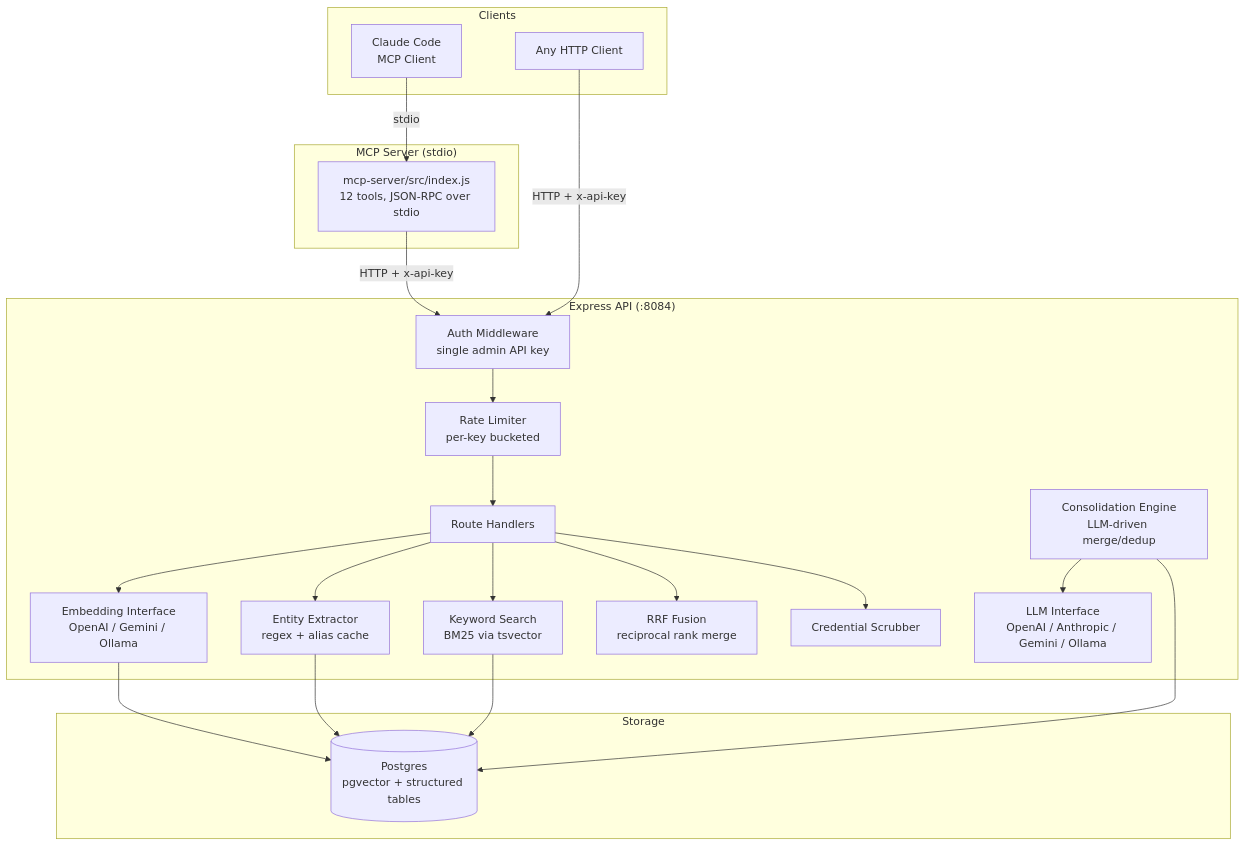
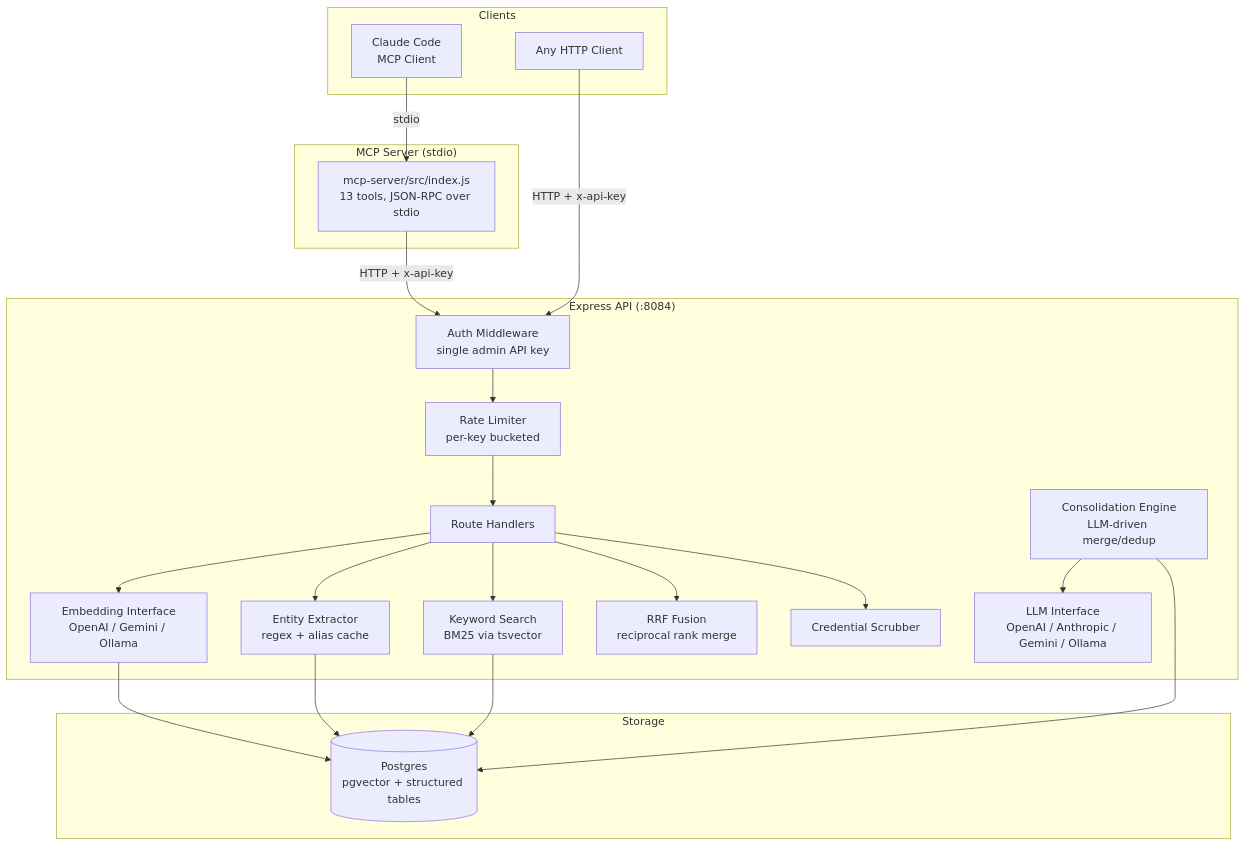
Before and after one commit to ZenSystemAI/Zengram: the first of 4 diagrams in docs/architecture.md, drawn with Mermaid. The commit also changed other lines of this file and 16 other files, not shown here.

````diff
--- a/docs/architecture.md
+++ b/docs/architecture.md
@@ -7,41 +7,41 @@
 ```mermaid
 graph TB
     subgraph Clients
         CC[Claude Code<br>MCP Client]
         HTTP[Any HTTP Client]
     end
 
     subgraph MCP["MCP Server (stdio)"]
-        MCP_S[mcp-server/src/index.js<br>12 tools, JSON-RPC over stdio]
+        MCP_S[mcp-server/src/index.js<br>13 tools, JSON-RPC over stdio]
     end
 
     subgraph API["Express API (:8084)"]
         AUTH[Auth Middleware<br>single admin API key]
         RL[Rate Limiter<br>per-key bucketed]
         ROUTES[Route Handlers]
         EMBED[Embedding Interface<br>OpenAI / Gemini / Ollama]
         LLM_I[LLM Interface<br>OpenAI / Anthropic / Gemini / Ollama]
         ENT[Entity Extractor<br>regex + alias cache]
         KW[Keyword Search<br>BM25 via tsvector]
         RRF[RRF Fusion<br>reciprocal rank merge]
         CONS[Consolidation Engine<br>LLM-driven merge/dedup]
         SCRUB[Credential Scrubber]
     end
 
     subgraph Storage
         PG[(Postgres<br>pgvector + structured tables)]
     end
 
     CC -->|stdio| MCP_S
     MCP_S -->|HTTP + x-api-key| AUTH
     HTTP -->|HTTP + x-api-key| AUTH
 
     AUTH --> RL --> ROUTES
     ROUTES --> EMBED --> PG
     ROUTES --> ENT --> PG
     ROUTES --> KW --> PG
     ROUTES --> RRF
     CONS --> LLM_I
     CONS --> PG
     ROUTES --> SCRUB
 ```
````
